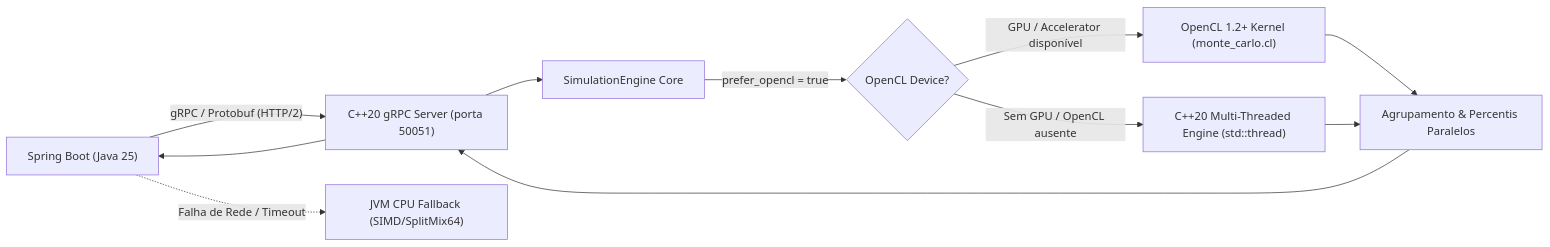
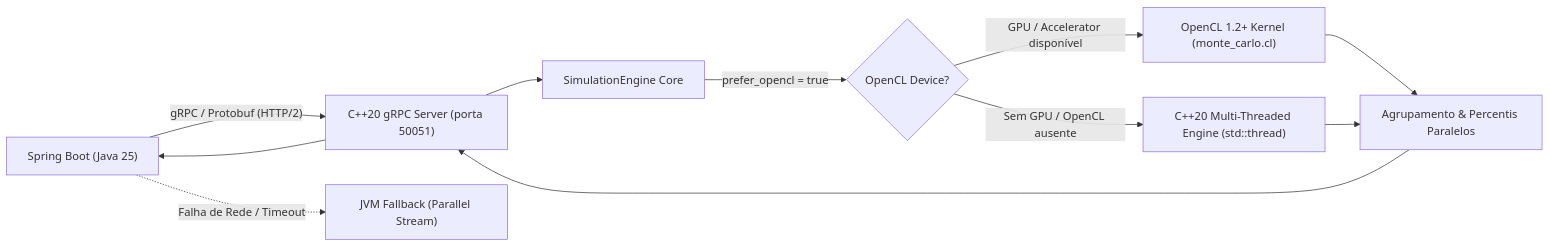
One commit to gestao-financeira-faculdade/fm-backend changed the diagram in docs/CPP_HPC_RISK_ENGINE.md. Above: the diagram before and after it, drawn with Mermaid. The commit also changed other lines of this file, not shown here.

````diff
--- a/docs/CPP_HPC_RISK_ENGINE.md
+++ b/docs/CPP_HPC_RISK_ENGINE.md
@@ -13,13 +13,13 @@
 ```mermaid
 flowchart LR
     A["Spring Boot (Java 25)"] -- "gRPC / Protobuf (HTTP/2)" --> B["C++20 gRPC Server (porta 50051)"]
     B --> C["SimulationEngine Core"]
     C -- "prefer_opencl = true" --> D{"OpenCL Device?"}
     D -- "GPU / Accelerator disponível" --> E["OpenCL 1.2+ Kernel (monte_carlo.cl)"]
     D -- "Sem GPU / OpenCL ausente" --> F["C++20 Multi-Threaded Engine (std::thread)"]
     E --> G["Agrupamento & Percentis Paralelos"]
     F --> G
     G --> B
     B --> A
-    A -. "Falha de Rede / Timeout" .-> H["JVM CPU Fallback (SIMD/SplitMix64)"]
+    A -. "Falha de Rede / Timeout" .-> H["JVM Fallback (Parallel Stream)"]
 ```
````
